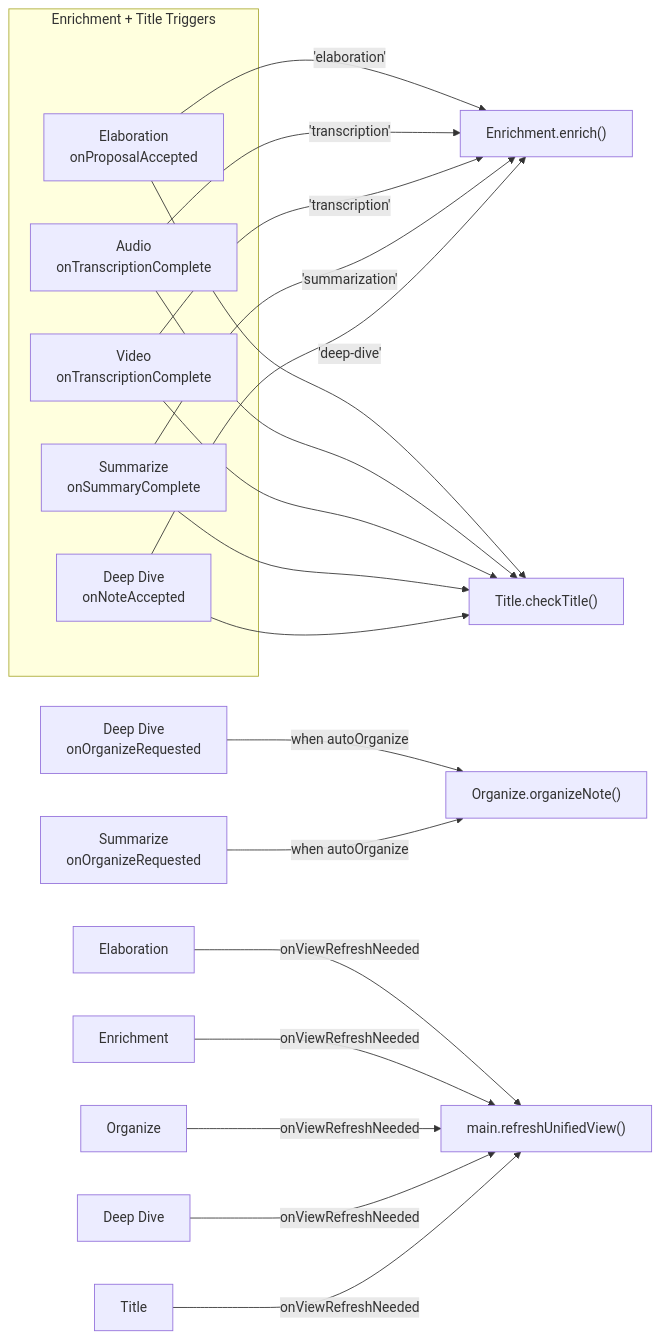
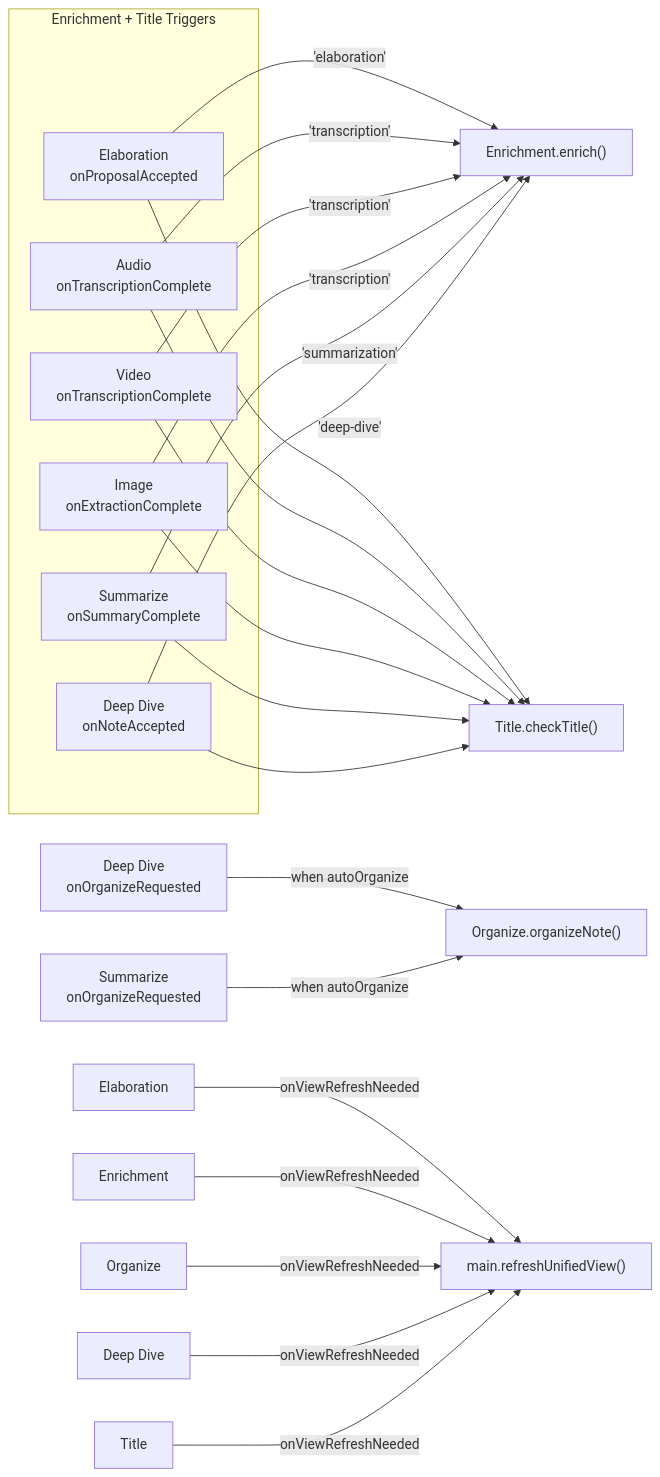
The sixth of 9 diagrams in ARCHITECTURE.md (dustinkeeton/obsidian-synapse), drawn with Mermaid before and after one commit. The commit also changed other lines of this file and 21 other files, not shown here.

````diff
--- a/ARCHITECTURE.md
+++ b/ARCHITECTURE.md
@@ -316,30 +339,33 @@
 ```mermaid
 graph LR
     subgraph Triggers["Enrichment + Title Triggers"]
         Elab["Elaboration<br/>onProposalAccepted"]
         Audio["Audio<br/>onTranscriptionComplete"]
         Video["Video<br/>onTranscriptionComplete"]
+        Img["Image<br/>onExtractionComplete"]
         Summ["Summarize<br/>onSummaryComplete"]
         DDa["Deep Dive<br/>onNoteAccepted"]
     end
 
     Enrich["Enrichment.enrich()"]
     TitleChk["Title.checkTitle()"]
 
     Elab -->|"'elaboration'"| Enrich
     Audio -->|"'transcription'"| Enrich
     Video -->|"'transcription'"| Enrich
+    Img -->|"'transcription'"| Enrich
     Summ -->|"'summarization'"| Enrich
     DDa -->|"'deep-dive'"| Enrich
 
     Elab --> TitleChk
     Audio --> TitleChk
     Video --> TitleChk
+    Img --> TitleChk
     Summ --> TitleChk
     DDa --> TitleChk
 
     DD2["Deep Dive<br/>onOrganizeRequested"] -->|"when autoOrganize"| Org["Organize.organizeNote()"]
     Summ2["Summarize<br/>onOrganizeRequested"] -->|"when autoOrganize"| Org
 
     ElabR["Elaboration"] & EnrichR["Enrichment"] & OrgR["Organize"] & DDR["Deep Dive"] & TitleR["Title"] -->|onViewRefreshNeeded| Refresh["main.refreshUnifiedView()"]
 ```
````
